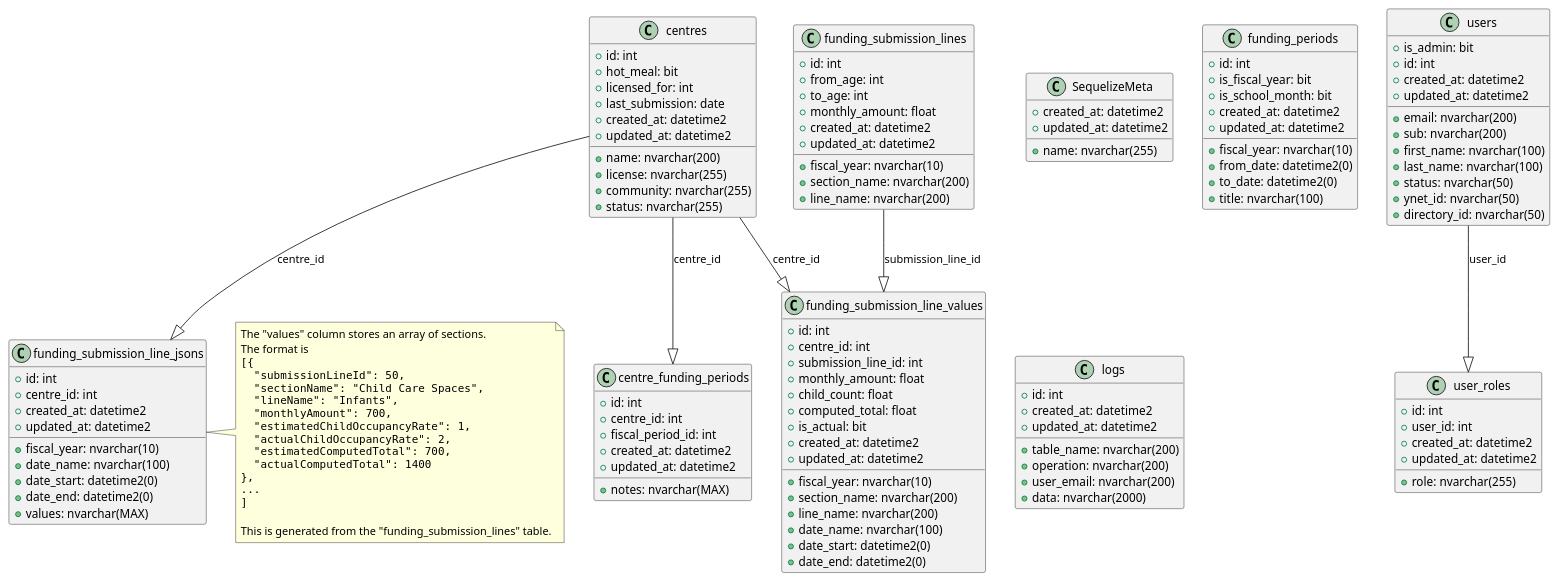
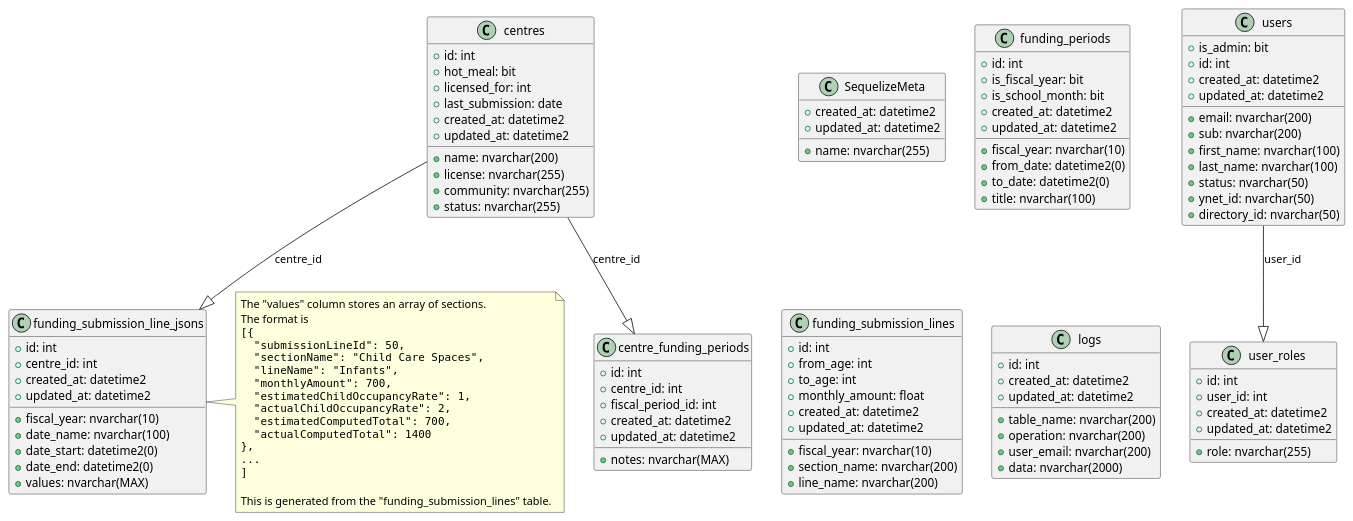
Before and after one commit to ytgov/elcc-data-management: the diagram in Design/Entity Relationship Diagrams.wsd, drawn with PlantUML. The commit also changed 1 other file, not shown here.

Commit message:
:tophat: Update erd to reflect removal of funding submission line value table.

```diff
--- a/Design/Entity Relationship Diagrams.wsd
+++ b/Design/Entity Relationship Diagrams.wsd
@@ -1,144 +1,124 @@
 @startuml
 
 class "SequelizeMeta" {
   +name: nvarchar(255)
   +created_at: datetime2
   +updated_at: datetime2
 }
 
 class "centres" {
   +id: int
   +name: nvarchar(200)
   +license: nvarchar(255)
   +community: nvarchar(255)
   +status: nvarchar(255)
   +hot_meal: bit
   +licensed_for: int
   +last_submission: date
   +created_at: datetime2
   +updated_at: datetime2
 }
 
 class "funding_periods" {
   +id: int
   +fiscal_year: nvarchar(10)
   +from_date: datetime2(0)
   +to_date: datetime2(0)
   +title: nvarchar(100)
   +is_fiscal_year: bit
   +is_school_month: bit
   +created_at: datetime2
   +updated_at: datetime2
 }
 
 class "funding_submission_lines" {
   +id: int
   +fiscal_year: nvarchar(10)
   +section_name: nvarchar(200)
   +line_name: nvarchar(200)
   +from_age: int
   +to_age: int
   +monthly_amount: float
   +created_at: datetime2
   +updated_at: datetime2
 }
 
 class "logs" {
   +id: int
   +table_name: nvarchar(200)
   +operation: nvarchar(200)
   +user_email: nvarchar(200)
   +data: nvarchar(2000)
   +created_at: datetime2
   +updated_at: datetime2
 }
 
 class "users" {
   +email: nvarchar(200)
   +sub: nvarchar(200)
   +first_name: nvarchar(100)
   +last_name: nvarchar(100)
   +status: nvarchar(50)
   +is_admin: bit
   +ynet_id: nvarchar(50)
   +directory_id: nvarchar(50)
   +id: int
   +created_at: datetime2
   +updated_at: datetime2
 }
 
 class "centre_funding_periods" {
   +id: int
   +centre_id: int
   +fiscal_period_id: int
   +notes: nvarchar(MAX)
   +created_at: datetime2
   +updated_at: datetime2
 }
 
 class "funding_submission_line_jsons" {
   +id: int
   +centre_id: int
   +fiscal_year: nvarchar(10)
   +date_name: nvarchar(100)
   +date_start: datetime2(0)
   +date_end: datetime2(0)
   +values: nvarchar(MAX)
   +created_at: datetime2
   +updated_at: datetime2
 }
 
 note right of "funding_submission_line_jsons"
   The "values" column stores an array of sections.
   The format is
   <code>
   [{
     "submissionLineId": 50,
     "sectionName": "Child Care Spaces",
     "lineName": "Infants",
     "monthlyAmount": 700,
     "estimatedChildOccupancyRate": 1,
     "actualChildOccupancyRate": 2,
     "estimatedComputedTotal": 700,
     "actualComputedTotal": 1400
   },
   ...
   ]
   </code>
 
   This is generated from the "funding_submission_lines" table.
 end note
 
-class "funding_submission_line_values" {
-  +id: int
-  +centre_id: int
-  +submission_line_id: int
-  +fiscal_year: nvarchar(10)
-  +section_name: nvarchar(200)
-  +line_name: nvarchar(200)
-  +monthly_amount: float
-  +date_name: nvarchar(100)
-  +date_start: datetime2(0)
-  +date_end: datetime2(0)
-  +child_count: float
-  +computed_total: float
-  +is_actual: bit
-  +created_at: datetime2
-  +updated_at: datetime2
-}
-
 class "user_roles" {
   +role: nvarchar(255)
   +id: int
   +user_id: int
   +created_at: datetime2
   +updated_at: datetime2
 }
 
 "centres" --|> "centre_funding_periods" : centre_id
 "centres" --|> "funding_submission_line_jsons" : centre_id
-"centres" --|> "funding_submission_line_values" : centre_id
-"funding_submission_lines" --|> "funding_submission_line_values" : submission_line_id
 "users" --|> "user_roles" : user_id
 
 @enduml
```
